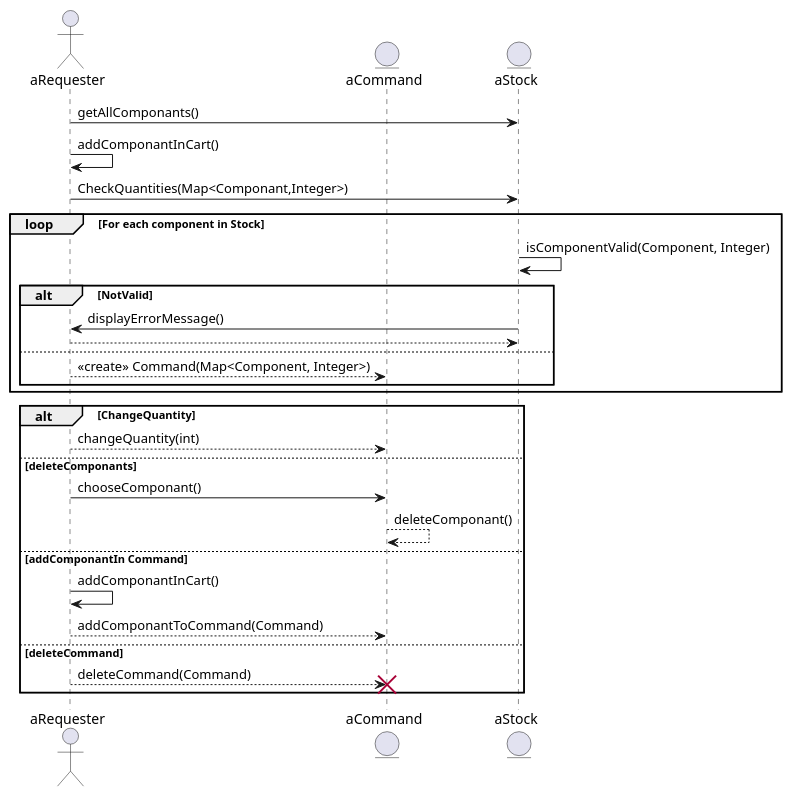
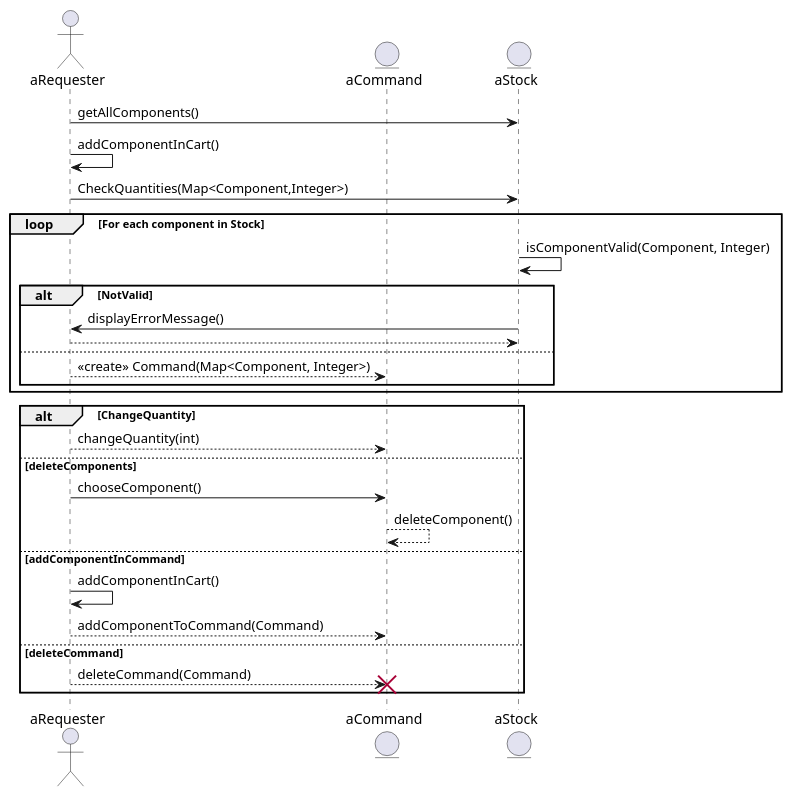
One commit to Yorkchk/PC_sur_mesure_Mobile_app changed the third of 15 diagrams in README.md. Above: the diagram before and after it, drawn with PlantUML. The commit also changed other lines of this file, not shown here.

````diff
--- a/README.md
+++ b/README.md
@@ -124,36 +110,35 @@
+```plantuml
 @startuml
 actor aRequester as Requester
 entity aCommand
 entity aStock
 
-Requester -> aStock : getAllComponants()
-Requester -> Requester : addComponantInCart()
-Requester -> aStock : CheckQuantities(Map<Componant,Integer>)
+Requester -> aStock : getAllComponents()
+Requester -> Requester : addComponentInCart()
+Requester -> aStock : CheckQuantities(Map<Component,Integer>)
 
 loop For each component in Stock
     aStock -> aStock : isComponentValid(Component, Integer)
 
     alt NotValid
         aStock -> Requester : displayErrorMessage()
         return
     else
         Requester --> aCommand : <<create>> Command(Map<Component, Integer>)
     end
 end
 
 alt ChangeQuantity
     Requester --> aCommand : changeQuantity(int)
-else deleteComponants
-    Requester -> aCommand : chooseComponant()
-    aCommand --> aCommand : deleteComponant()
-else addComponantIn Command
-    Requester -> Requester : addComponantInCart()
-    Requester --> aCommand : addComponantToCommand(Command)
+else deleteComponents
+    Requester -> aCommand : chooseComponent()
+    aCommand --> aCommand : deleteComponent()
+else addComponentInCommand
+    Requester -> Requester : addComponentInCart()
+    Requester --> aCommand : addComponentToCommand(Command)
 else deleteCommand
     Requester --> aCommand : deleteCommand(Command)
     destroy aCommand
-    
-
 end
-
 @enduml
+```
````
